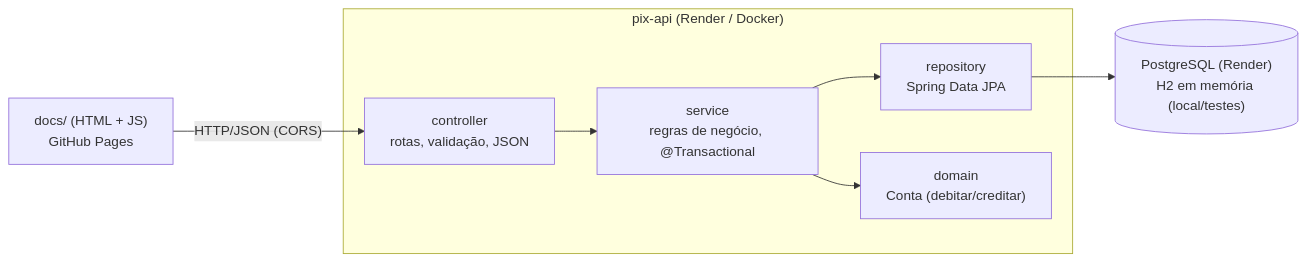
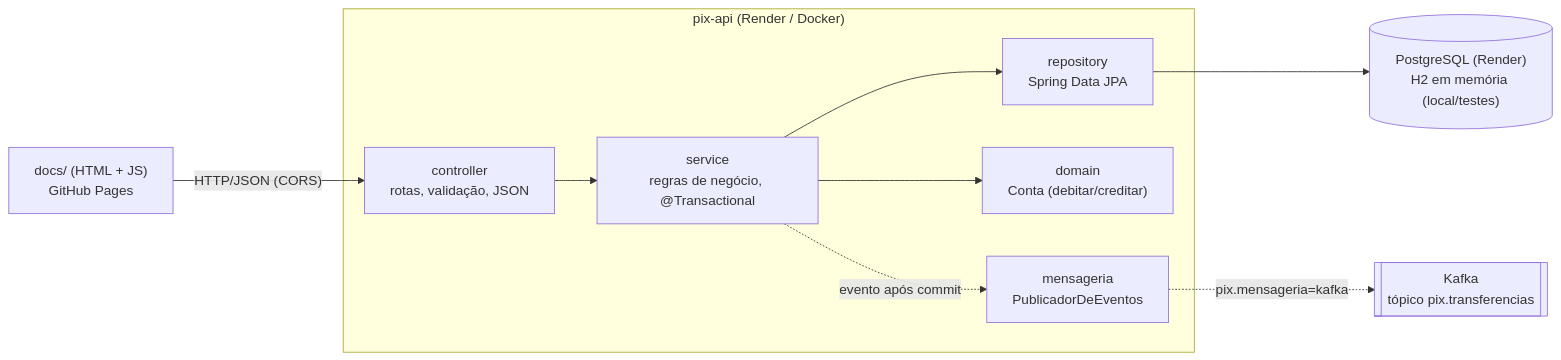
One commit to RafaelNicolauiOS/pix-api changed the first of 2 diagrams in README.md. Above: the diagram before and after it, drawn with Mermaid. The commit also changed other lines of this file, not shown here.

First line of the commit message:
Documenta a mensageria de eventos e o padrão Transactional Outbox

````diff
--- a/README.md
+++ b/README.md
@@ -28,10 +29,12 @@
 ```mermaid
 flowchart LR
     Browser["docs/ (HTML + JS)<br/>GitHub Pages"] -- "HTTP/JSON (CORS)" --> C
     subgraph API["pix-api (Render / Docker)"]
         C["controller<br/>rotas, validação, JSON"] --> S["service<br/>regras de negócio, @Transactional"]
         S --> R["repository<br/>Spring Data JPA"]
         S --> D["domain<br/>Conta (debitar/creditar)"]
+        S -. "evento após commit" .-> M["mensageria<br/>PublicadorDeEventos"]
     end
+    M -. "pix.mensageria=kafka" .-> K[["Kafka<br/>tópico pix.transferencias"]]
     R --> DB[("PostgreSQL (Render)<br/>H2 em memória (local/testes)")]
 ```
````
